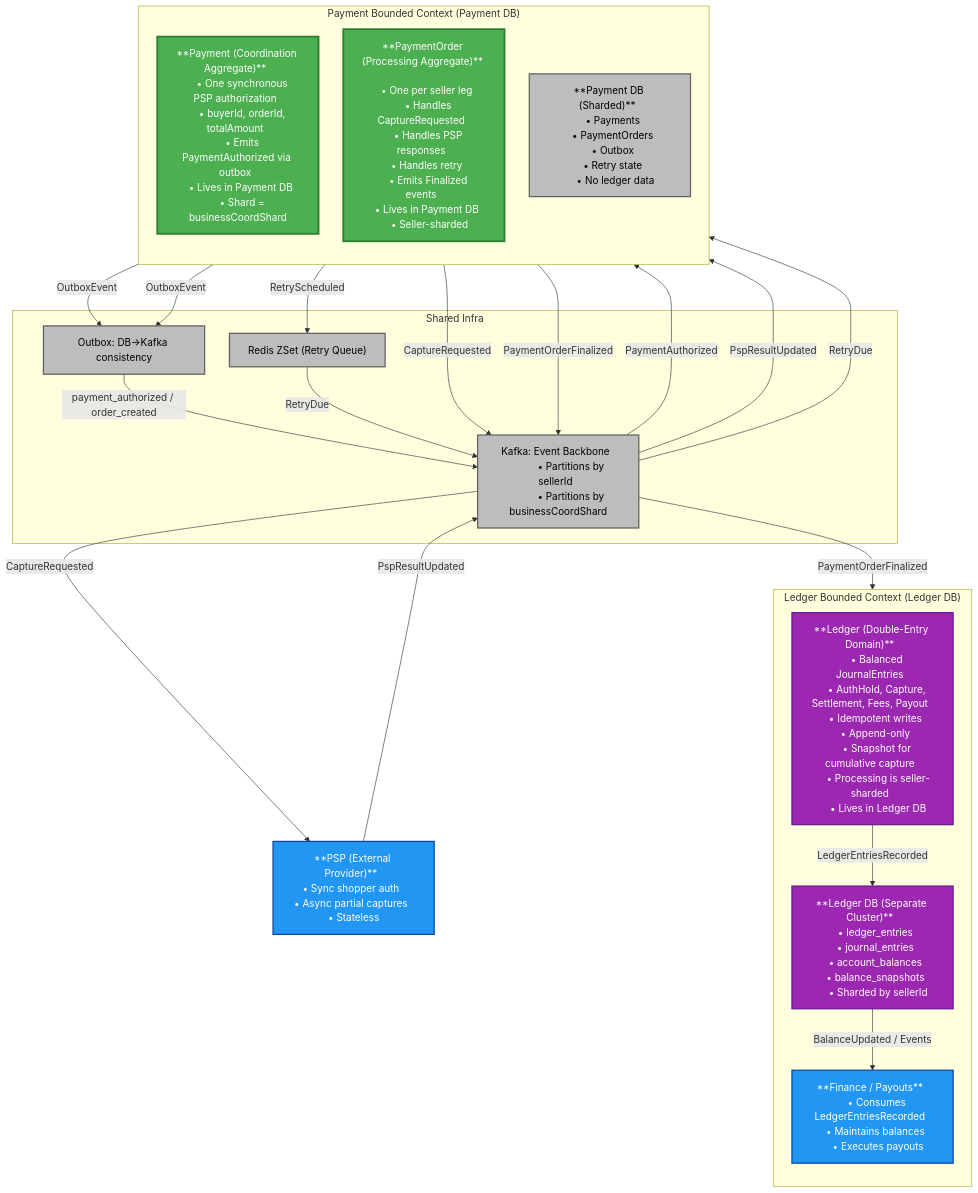
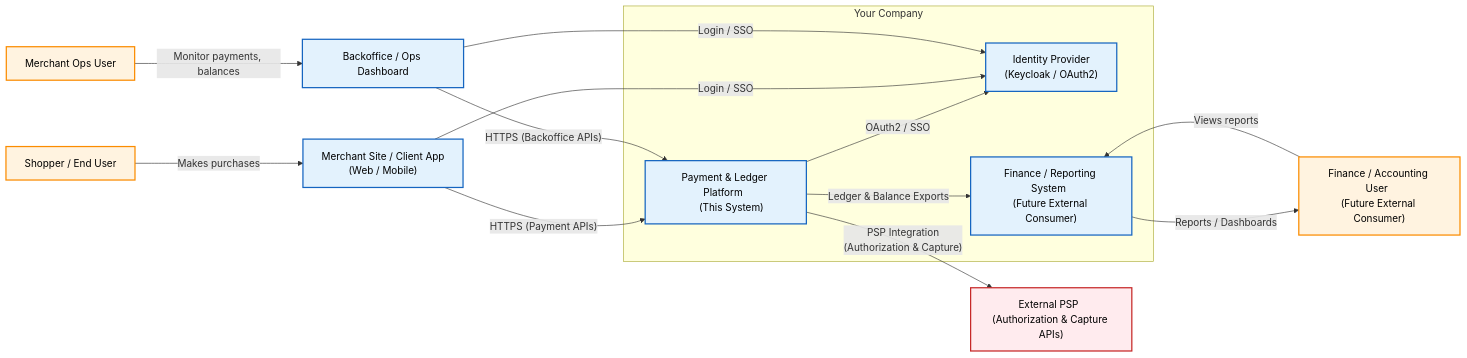
Before and after one commit to dcaglar/ecommerce-platform-kotlin: the first of 3 diagrams in docs/architecture-internal-reader.md, drawn with Mermaid. The commit also changed other lines of this file, not shown here.

````diff
--- a/docs/architecture-internal-reader.md
+++ b/docs/architecture-internal-reader.md
@@ -169,105 +114,60 @@
 ```mermaid
-%%{init:{'theme':'default','flowchart':{'nodeSpacing':40,'rankSpacing':50}}}%%
-flowchart TB
+%%{init:{'theme':'default','flowchart':{'nodeSpacing':65,'rankSpacing':70}}}%%
+flowchart LR
 
-%% STYLE
-classDef payment fill:#4CAF50,stroke:#2E7D32,stroke-width:3px,color:#fff
-classDef ledger fill:#9C27B0,stroke:#6A1B9A,stroke-width:2px,color:#fff
-classDef infra fill:#BDBDBD,stroke:#616161,stroke-width:2px,color:#000
-classDef downstream fill:#2196F3,stroke:#0D47A1,stroke-width:2px,color:#fff
+%% STYLES
+classDef person fill:#FFF3E0,stroke:#FB8C00,stroke-width:2px,color:#000;
+classDef system fill:#E3F2FD,stroke:#1565C0,stroke-width:2px,color:#000;
+classDef external fill:#FFEBEE,stroke:#C62828,stroke-width:2px,color:#000;
 
-%% PAYMENT BOUNDED CONTEXT (Payment DB)
-subgraph PaymentBC["Payment Bounded Context (Payment DB)"]
-    direction TB
+%% PEOPLE (Actors)
+Shopper["Shopper / End User"]:::person
+MerchantOp["Merchant Ops User"]:::person
+FinanceUser["Finance / Accounting User  
+(Future External Consumer)"]:::person
 
-    PaymentAgg["**Payment (Coordination Aggregate)**  
-    • One synchronous PSP authorization  
-    • buyerId, orderId, totalAmount  
-    • Emits PaymentAuthorized via outbox  
-    • Lives in Payment DB  
-    • Shard = businessCoordShard"]:::payment
+%% CLIENT / FRONTEND SYSTEMS
+ClientApp["Merchant Site / Client App  
+(Web / Mobile)"]:::system
+BackofficeUI["Backoffice / Ops Dashboard"]:::system
 
-    PaymentOrderAgg["**PaymentOrder (Processing Aggregate)**  
-    • One per seller leg  
-    • Handles CaptureRequested  
-    • Handles PSP responses  
-    • Handles retry  
-    • Emits Finalized events  
-    • Lives in Payment DB  
-    • Seller-sharded"]:::payment
+%% CORE SYSTEM (THIS SYSTEM)
+subgraph YourCompany["Your Company"]
+    PaymentPlatform["Payment & Ledger Platform  
+    (This System)"]:::system
 
-    PaymentDB["**Payment DB (Sharded)**  
-    • Payments  
-    • PaymentOrders  
-    • Outbox  
-    • Retry state  
-    • No ledger data"]:::infra
+    Keycloak["Identity Provider  
+(Keycloak / OAuth2)"]:::system
+
+    FinanceSystem["Finance / Reporting System  
+(Future External Consumer)"]:::system
 end
 
-%% INFRASTRUCTURE
-subgraph Infra["Shared Infra"]
-    Outbox["Outbox: DB→Kafka consistency"]:::infra
-    Kafka["Kafka: Event Backbone  
-          • Partitions by sellerId  
-          • Partitions by businessCoordShard"]:::infra
-    Redis["Redis ZSet (Retry Queue)"]:::infra
-end
+%% EXTERNAL PSP
+PSP["External PSP  
+(Authorization & Capture APIs)"]:::external
 
-%% LEDGER BOUNDED CONTEXT (Ledger DB)
-subgraph LedgerBC["Ledger Bounded Context (Ledger DB)"]
-    direction TB
+%% RELATIONSHIPS
 
-    Ledger["**Ledger (Double-Entry Domain)**  
-    • Balanced JournalEntries  
-    • AuthHold, Capture, Settlement, Fees, Payout  
-    • Idempotent writes  
-    • Append-only  
-    • Snapshot for cumulative capture  
-    • Processing is seller-sharded  
-    • Lives in Ledger DB"]:::ledger
+%% User interactions
+Shopper -->|"Makes purchases"| ClientApp
+MerchantOp -->|"Monitor payments, balances"| BackofficeUI
+FinanceUser -->|"Views reports"| FinanceSystem
 
-    LedgerDB["**Ledger DB (Separate Cluster)**  
-    • ledger_entries  
-    • journal_entries  
-    • account_balances  
-    • balance_snapshots  
-    • Sharded by sellerId"]:::ledger
+%% Client systems → Payment Platform
+ClientApp -->|"HTTPS (Payment APIs)"| PaymentPlatform
+BackofficeUI -->|"HTTPS (Backoffice APIs)"| PaymentPlatform
 
-    Finance["**Finance / Payouts**  
-    • Consumes LedgerEntriesRecorded  
-    • Maintains balances  
-    • Executes payouts"]:::downstream
-end
+%% Authentication
+PaymentPlatform -->|"OAuth2 / SSO"| Keycloak
+ClientApp -->|"Login / SSO"| Keycloak
+BackofficeUI -->|"Login / SSO"| Keycloak
 
-%% PSP
-PSP["**PSP (External Provider)**  
-• Sync shopper auth  
-• Async partial captures  
-• Stateless"]:::downstream
+%% PSP integration
+PaymentPlatform -->|"PSP Integration  
+(Authorization & Capture)"| PSP
 
-%% FLOWS
-
-%% Payment creation
-PaymentAgg -->|"OutboxEvent<PaymentAuthorized>"| Outbox
-PaymentOrderAgg -->|"OutboxEvent<PaymentOrderCreated>"| Outbox
-Outbox -->|"payment_authorized / order_created"| Kafka
-
-Kafka -->|"PaymentAuthorized"| PaymentOrderAgg
-
-%% Capture pipeline
-PaymentOrderAgg -->|"CaptureRequested"| Kafka
-Kafka -->|"CaptureRequested"| PSP
-PSP -->|"PspResultUpdated"| Kafka
-Kafka -->|"PspResultUpdated"| PaymentOrderAgg
-
-%% Retry 
-PaymentOrderAgg -->|"RetryScheduled"| Redis
-Redis -->|"RetryDue"| Kafka
-Kafka -->|"RetryDue"| PaymentOrderAgg
-
-%% Ledger flow
-PaymentOrderAgg -->|"PaymentOrderFinalized"| Kafka
-Kafka -->|"PaymentOrderFinalized"| Ledger
-Ledger -->|"LedgerEntriesRecorded"| LedgerDB
-LedgerDB -->|"BalanceUpdated / Events"| Finance
+%% Finance & reporting
+PaymentPlatform -->|"Ledger & Balance Exports"| FinanceSystem
+FinanceSystem -->|"Reports / Dashboards"| FinanceUser
 ```
````
